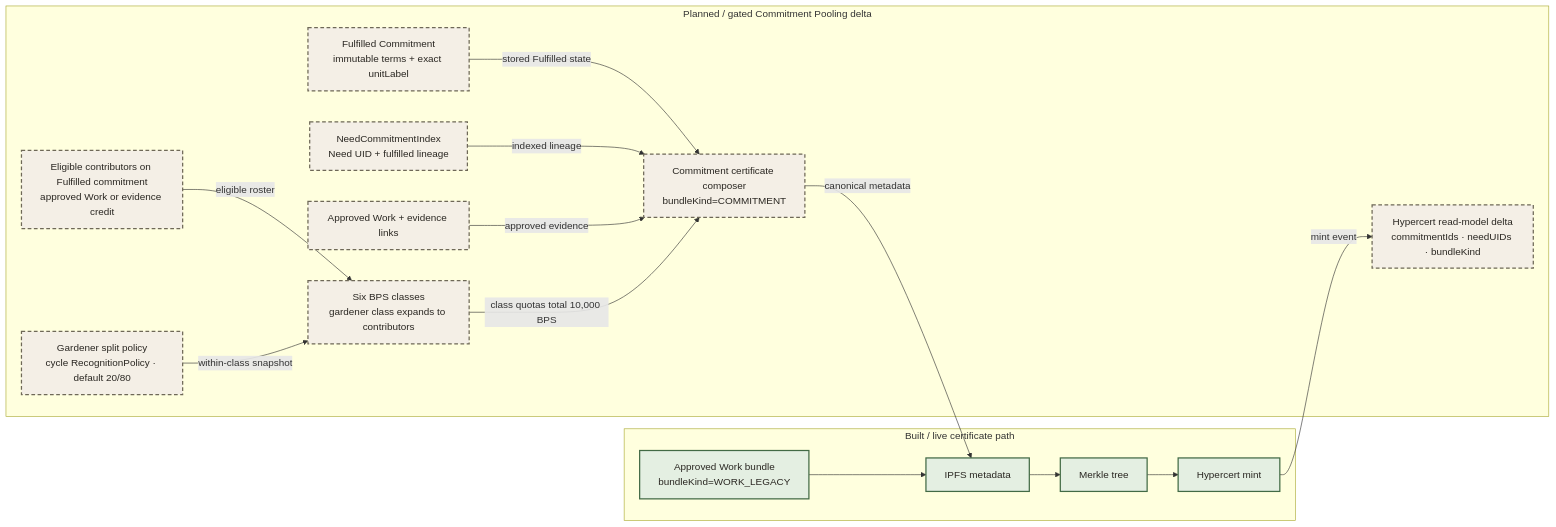
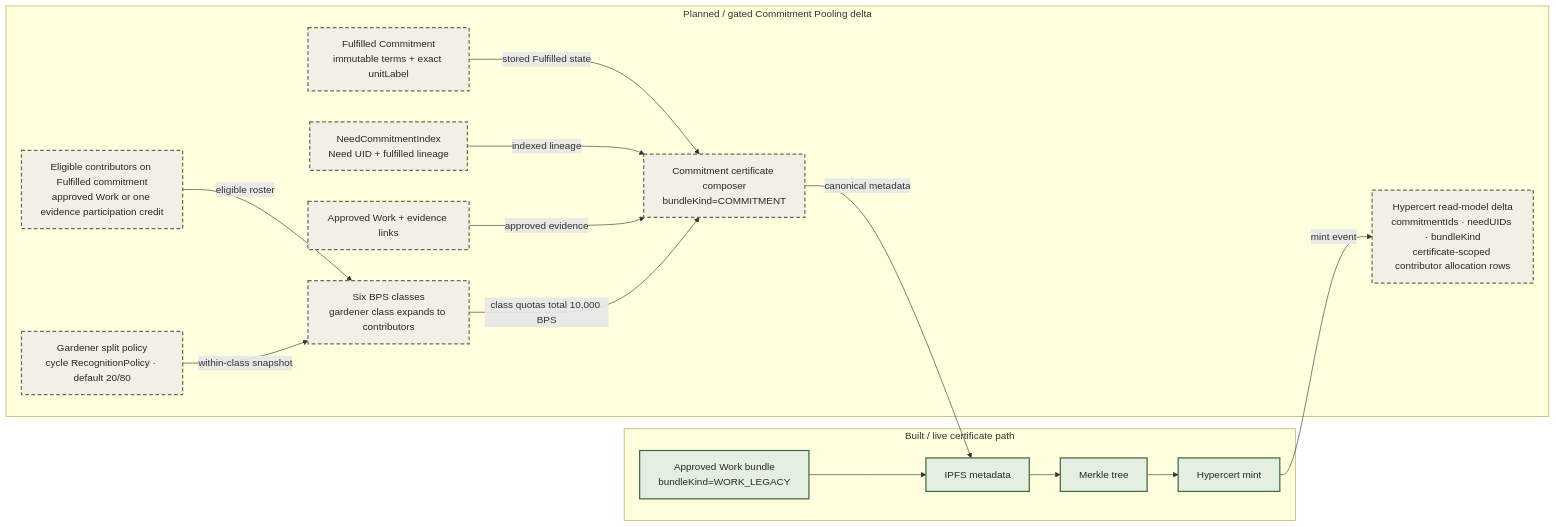
Diagram 18 of 35 in .plans/active/commitment-pooling/diagrams.md (greenpill-dev-guild/green-goods), drawn with Mermaid before and after one commit. The commit also changed other lines of this file and 10 other files, not shown here.

````diff
--- a/.plans/active/commitment-pooling/diagrams.md
+++ b/.plans/active/commitment-pooling/diagrams.md
@@ -1049,37 +1063,37 @@
 ```mermaid
 flowchart LR
   subgraph LIVE["Built / live certificate path"]
     WORK["Approved Work bundle<br/>bundleKind=WORK_LEGACY"]
     IPFS["IPFS metadata"]
     MERKLE["Merkle tree"]
     MINT["Hypercert mint"]
   end
 
   subgraph PLANNED["Planned / gated Commitment Pooling delta"]
     FUL["Fulfilled Commitment<br/>immutable terms + exact unitLabel"]
     LINEAGE["NeedCommitmentIndex<br/>Need UID + fulfilled lineage"]
     EVIDENCE["Approved Work + evidence links"]
-    TEAM["Eligible contributors on Fulfilled commitment<br/>approved Work or evidence credit"]
+    TEAM["Eligible contributors on Fulfilled commitment<br/>approved Work or one evidence participation credit"]
     POLICY["Gardener split policy<br/>cycle RecognitionPolicy · default 20/80"]
     COMPOSE["Commitment certificate composer<br/>bundleKind=COMMITMENT"]
     BPS["Six BPS classes<br/>gardener class expands to contributors"]
-    HCIDX["Hypercert read-model delta<br/>commitmentIds · needUIDs · bundleKind"]
+    HCIDX["Hypercert read-model delta<br/>commitmentIds · needUIDs · bundleKind<br/>certificate-scoped contributor allocation rows"]
   end
 
   WORK --> IPFS
   FUL -->|"stored Fulfilled state"| COMPOSE
   LINEAGE -->|"indexed lineage"| COMPOSE
   EVIDENCE -->|"approved evidence"| COMPOSE
   TEAM -->|"eligible roster"| BPS
   POLICY -->|"within-class snapshot"| BPS
   BPS -->|"class quotas total 10,000 BPS"| COMPOSE
   COMPOSE -->|"canonical metadata"| IPFS
   IPFS --> MERKLE
   MERKLE --> MINT
   MINT -->|"mint event"| HCIDX
 
   classDef built fill:#E4EFE2,stroke:#426A45,color:#2A2722,stroke-width:2px
   classDef planned fill:#F4EFE6,stroke:#6E6857,color:#2A2722,stroke-width:2px,stroke-dasharray:6 4
   class WORK,IPFS,MERKLE,MINT built
   class FUL,LINEAGE,EVIDENCE,TEAM,POLICY,COMPOSE,BPS,HCIDX planned
 ```
````
